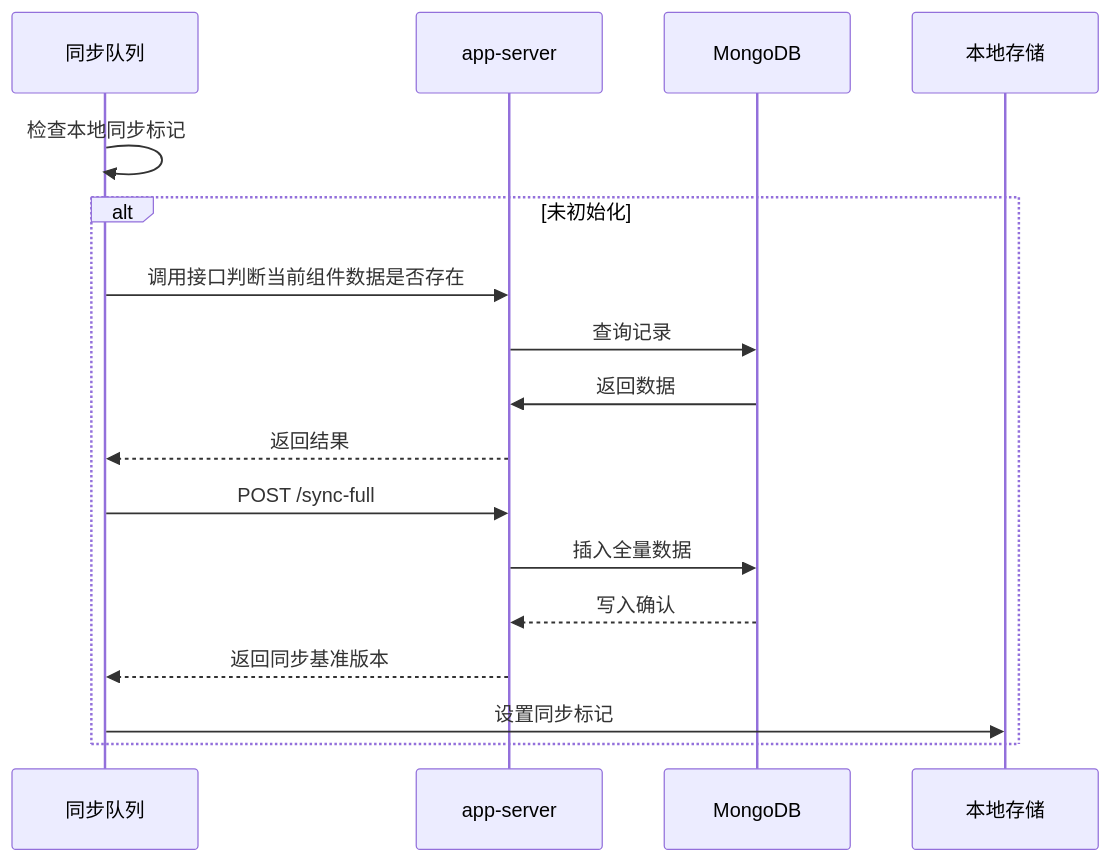
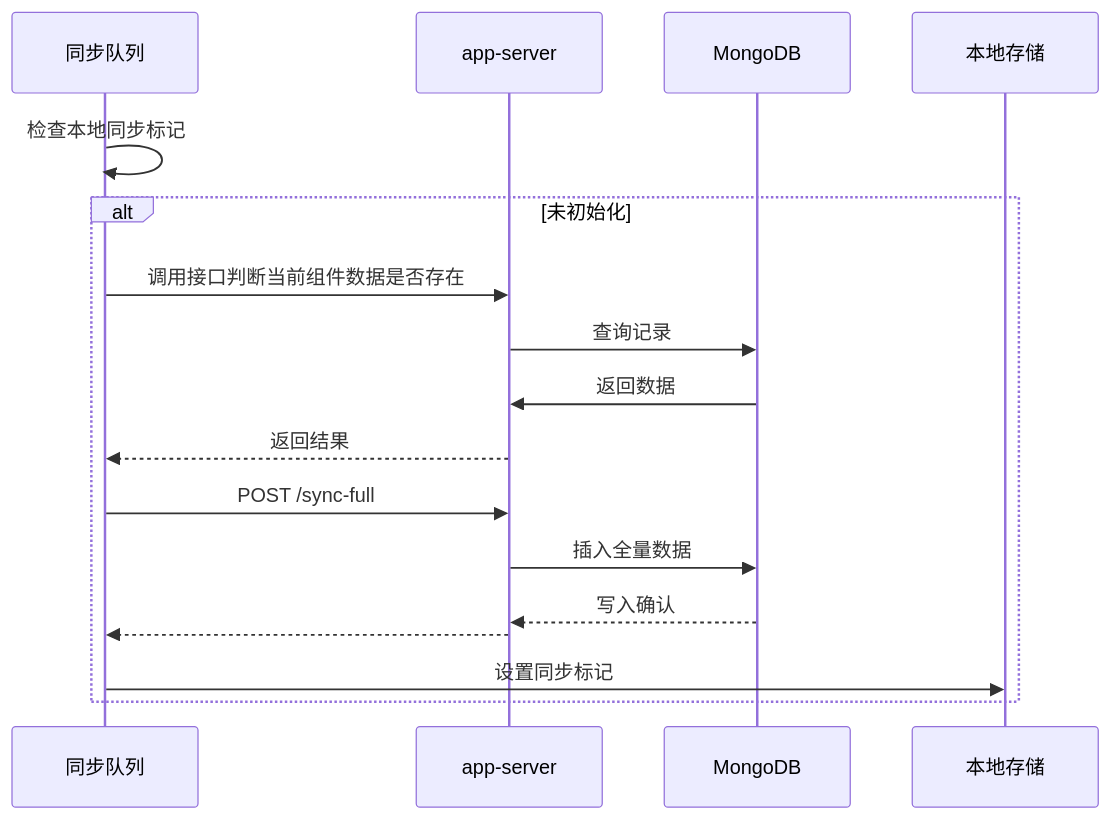
Before and after one commit to yingjianzh/iodraw-files: the diagram in all/未命名-24.md, drawn with Mermaid.

Commit message:
2025-02-21 18:28:35 update

````diff
--- a/all/未命名-24.md
+++ b/all/未命名-24.md
@@ -1,19 +1,19 @@
 ```mermaid
 sequenceDiagram
     participant 同步队列
     participant app-server
     participant MongoDB
 
     同步队列->>同步队列: 检查本地同步标记
     alt 未初始化
         同步队列->>app-server: 调用接口判断当前组件数据是否存在
         app-server->>MongoDB: 查询记录
         MongoDB->>app-server: 返回数据
         app-server-->>同步队列: 返回结果
         同步队列->>app-server: POST /sync-full
         app-server->>MongoDB: 插入全量数据
         MongoDB-->>app-server: 写入确认
-        app-server-->>同步队列: 返回同步基准版本
+        app-server-->>同步队列: 
         同步队列->>本地存储: 设置同步标记
     end
 ```
````
